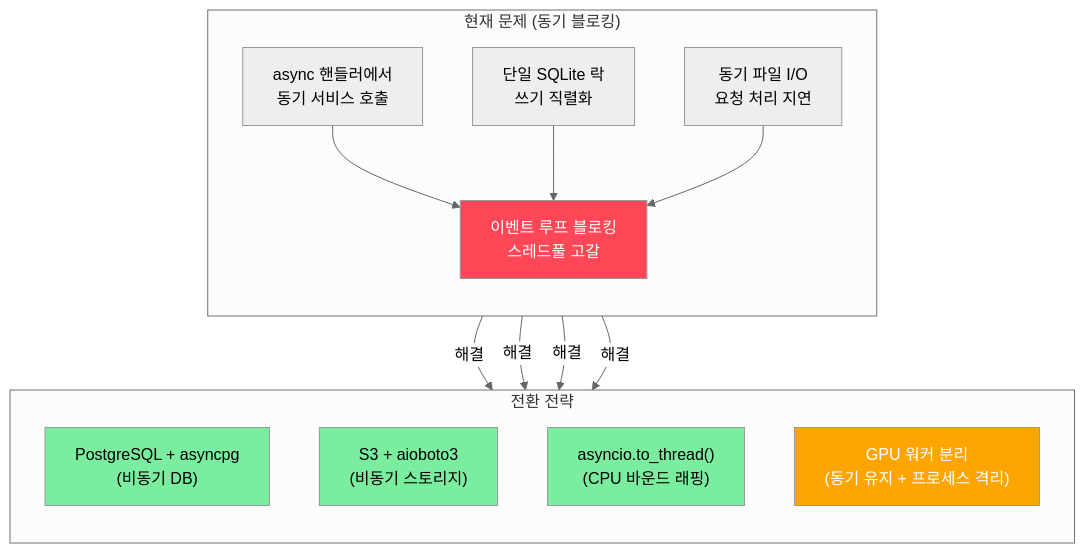
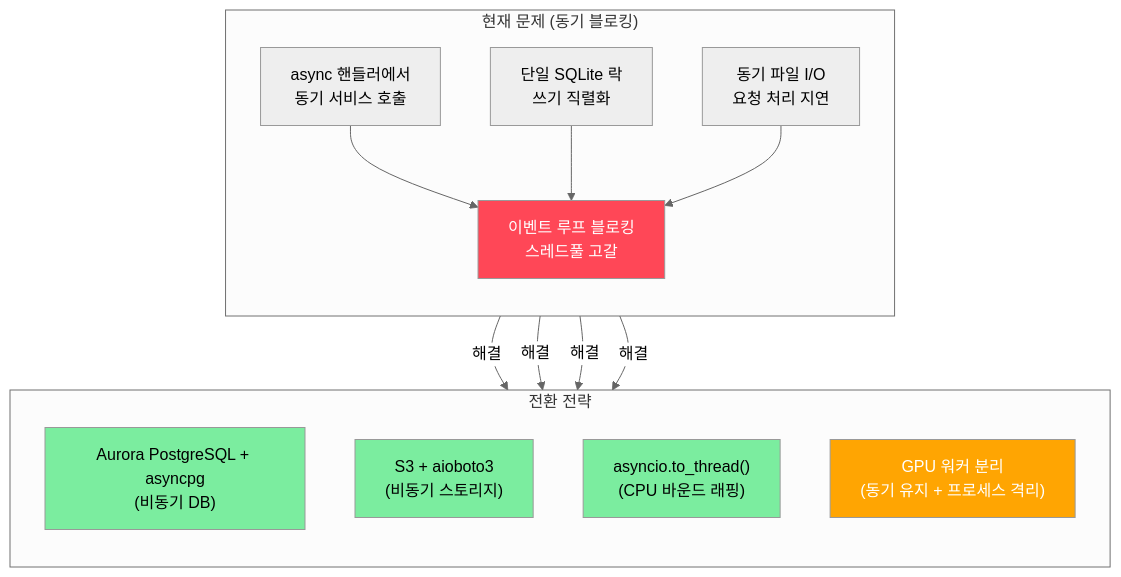
One commit to Pinksea-AI/InvokeAI changed the fourth of 5 diagrams in docs/saas-analysis/04_SAAS_TRANSFORMATION_GUIDE.md. Above: the diagram before and after it, drawn with Mermaid (neutral theme). The commit also changed other lines of this file and 1 other file, not shown here.

First line of the commit message:
docs: RDS→Aurora PostgreSQL 전환 (2차: Docs 02,04)

````diff
--- a/docs/saas-analysis/04_SAAS_TRANSFORMATION_GUIDE.md
+++ b/docs/saas-analysis/04_SAAS_TRANSFORMATION_GUIDE.md
@@ -1006,33 +1013,33 @@
 ```mermaid
 flowchart TB
     subgraph "현재 문제 (동기 블로킹)"
         direction TB
         P1["async 핸들러에서<br/>동기 서비스 호출"]
         P2["이벤트 루프 블로킹<br/>스레드풀 고갈"]
         P3["단일 SQLite 락<br/>쓰기 직렬화"]
         P4["동기 파일 I/O<br/>요청 처리 지연"]
 
         P1 --> P2
         P3 --> P2
         P4 --> P2
     end
 
     subgraph "전환 전략"
         direction TB
-        S1["PostgreSQL + asyncpg<br/>(비동기 DB)"]
+        S1["Aurora PostgreSQL + asyncpg<br/>(비동기 DB)"]
         S2["S3 + aioboto3<br/>(비동기 스토리지)"]
         S3["asyncio.to_thread()<br/>(CPU 바운드 래핑)"]
         S4["GPU 워커 분리<br/>(동기 유지 + 프로세스 격리)"]
     end
 
     P2 -->|"해결"| S1
     P2 -->|"해결"| S2
     P2 -->|"해결"| S3
     P2 -->|"해결"| S4
 
     style P2 fill:#ff4757,color:#fff
     style S1 fill:#7bed9f,color:#000
     style S2 fill:#7bed9f,color:#000
     style S3 fill:#7bed9f,color:#000
     style S4 fill:#ffa502,color:#fff
 ```
````
